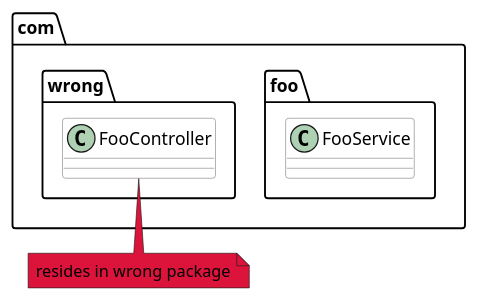
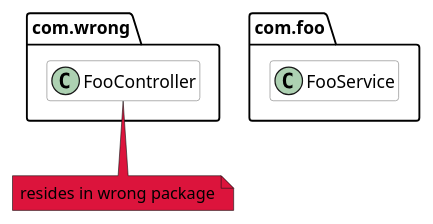
Before and after one commit to TNG/ArchUnit: the fourth of 9 diagrams in userguide/004_What_to_Check.adoc, drawn with PlantUML. The commit also changed other lines of this file and 53 other files, not shown here.

```diff
--- a/userguide/004_What_to_Check.adoc
+++ b/userguide/004_What_to_Check.adoc
@@ -82,25 +85,29 @@
-[plantuml, "class-package-contain"]
+[plantuml, "class-package-contain", svg, opts=interactive]
 ----
+@startuml
+hide empty members
+set separator none
 skinparam componentStyle uml2
 
 skinparam component {
   BorderColor #grey
   BackgroundColor #white
 }
 
 skinparam class {
   BorderColor #grey
   BackgroundColor #white
 }
 
 package com.foo {
     class FooService
 }
 
 package com.wrong {
     class FooController
 }
 
 note "resides in wrong package" as WrongPackage #crimson
 FooController .. WrongPackage
+@enduml
 ----
```
